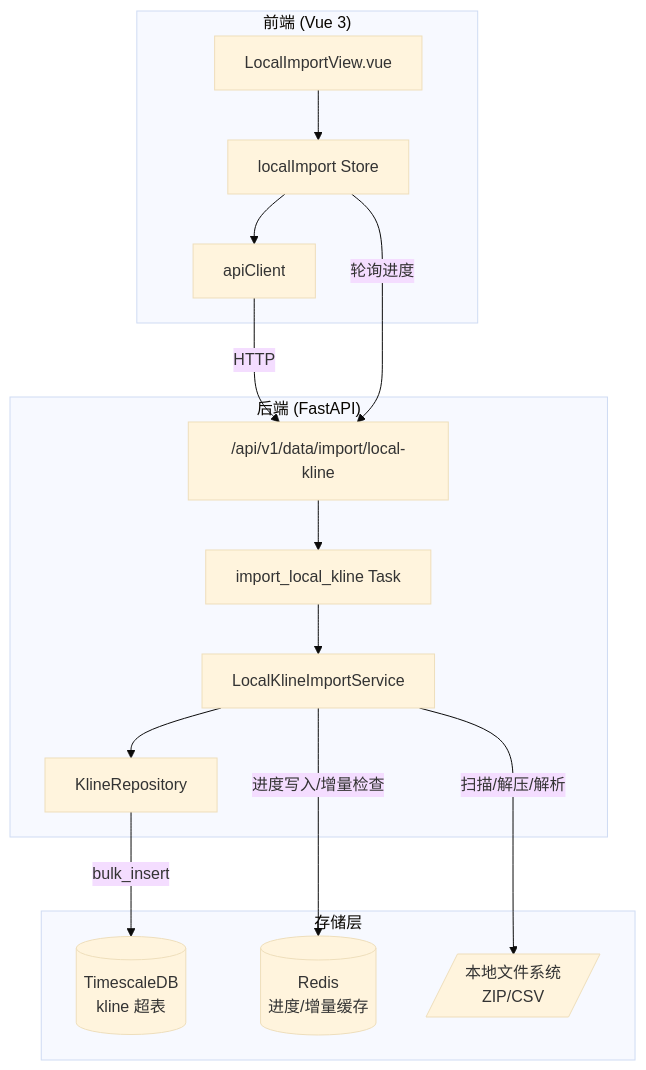
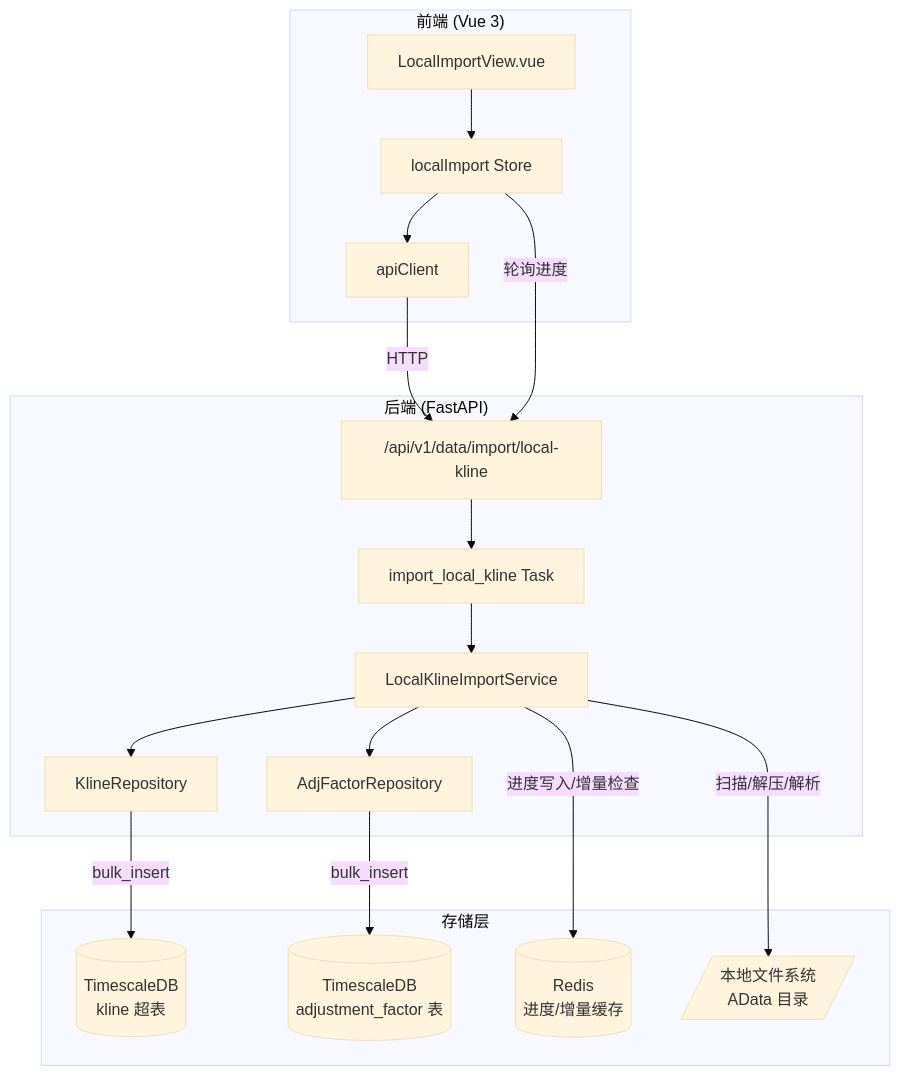
One commit to xdengpao/PoperRight changed the first of 2 diagrams in .kiro/specs/local-kline-import/design.md. Above: the diagram before and after it, drawn with Mermaid (base theme). The commit also changed other lines of this file and 16 other files, not shown here.

````diff
--- a/.kiro/specs/local-kline-import/design.md
+++ b/.kiro/specs/local-kline-import/design.md
@@ -21,32 +23,36 @@
 ```mermaid
 graph TB
     subgraph Frontend["前端 (Vue 3)"]
         LP[LocalImportView.vue]
         LS[localImport Store]
         LP --> LS
         LS --> API_CLIENT[apiClient]
     end
 
     subgraph Backend["后端 (FastAPI)"]
         API["/api/v1/data/import/local-kline"]
         SVC[LocalKlineImportService]
         TASK[import_local_kline Task]
         REPO[KlineRepository]
-        
+        ADJ_REPO[AdjFactorRepository]
+
         API --> TASK
         TASK --> SVC
         SVC --> REPO
+        SVC --> ADJ_REPO
     end
 
     subgraph Storage["存储层"]
         TS[(TimescaleDB<br/>kline 超表)]
+        AF[(TimescaleDB<br/>adjustment_factor 表)]
         RD[(Redis<br/>进度/增量缓存)]
-        FS[/本地文件系统<br/>ZIP/CSV/]
+        FS[/本地文件系统<br/>AData 目录/]
     end
 
     API_CLIENT -->|HTTP| API
     LS -->|轮询进度| API
     SVC -->|扫描/解压/解析| FS
     SVC -->|进度写入/增量检查| RD
     REPO -->|bulk_insert| TS
+    ADJ_REPO -->|bulk_insert| AF
 ```
````
